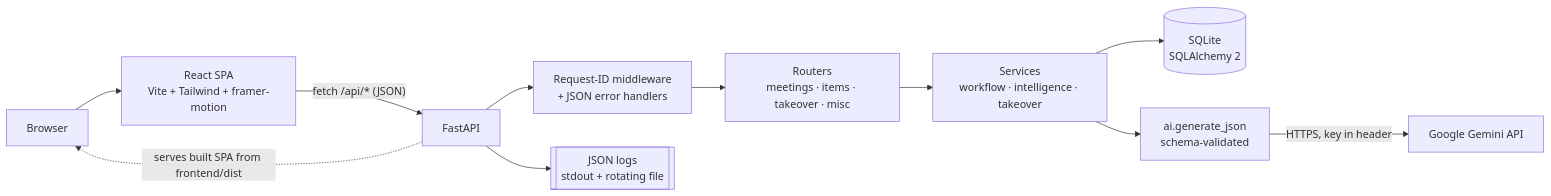
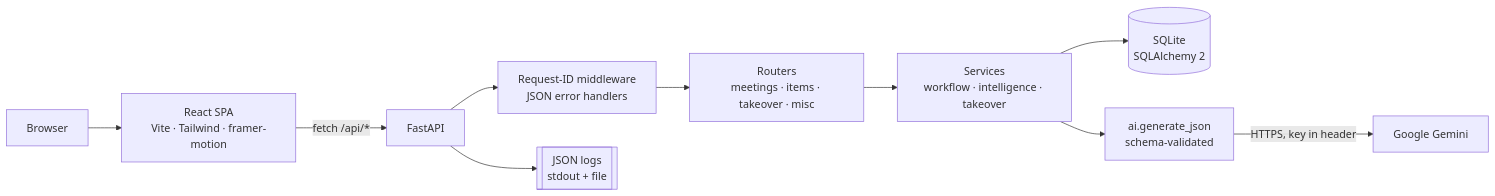
The first of 2 diagrams in README.md (Jayom45/case-study-digi), drawn with Mermaid before and after one commit. The commit also changed other lines of this file, not shown here.

````diff
--- a/README.md
+++ b/README.md
@@ -63,13 +135,12 @@
 ```mermaid
 flowchart LR
-  B[Browser] --> R[React SPA<br/>Vite + Tailwind + framer-motion]
-  R -- "fetch /api/* (JSON)" --> F[FastAPI]
-  F --> M[Request-ID middleware<br/>+ JSON error handlers]
+  B[Browser] --> R[React SPA<br/>Vite · Tailwind · framer-motion]
+  R -- "fetch /api/*" --> F[FastAPI]
+  F --> M[Request-ID middleware<br/>JSON error handlers]
   M --> RT[Routers<br/>meetings · items · takeover · misc]
   RT --> S[Services<br/>workflow · intelligence · takeover]
   S --> DB[(SQLite<br/>SQLAlchemy 2)]
   S --> AI[ai.generate_json<br/>schema-validated]
-  AI -- "HTTPS, key in header" --> G[Google Gemini API]
-  F -. "serves built SPA from frontend/dist" .-> B
-  F --> L[[JSON logs<br/>stdout + rotating file]]
+  AI -- "HTTPS, key in header" --> G[Google Gemini]
+  F --> L[[JSON logs<br/>stdout + file]]
 ```
````
